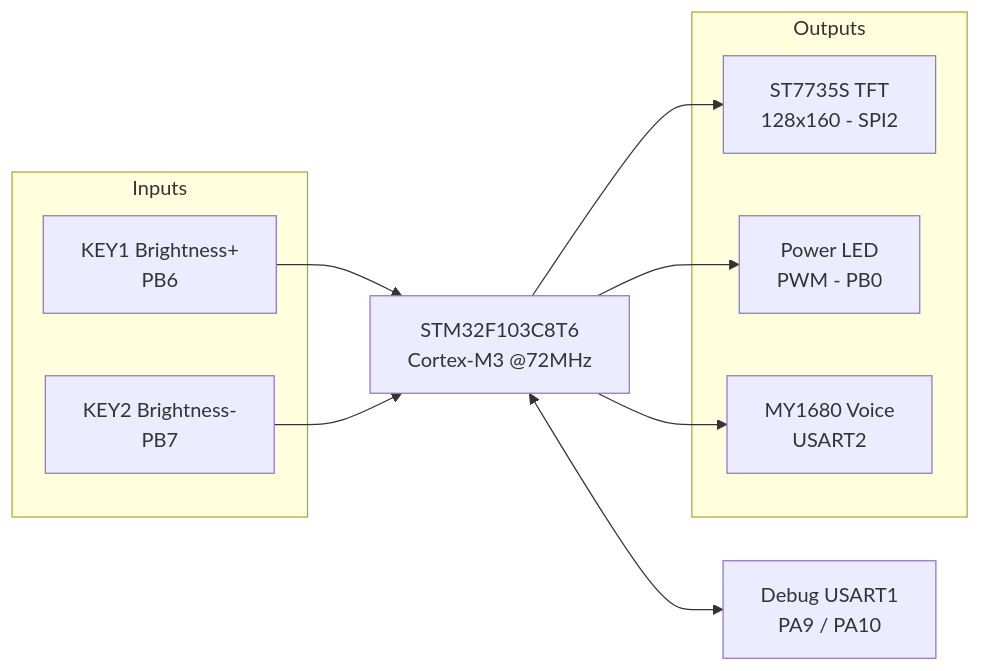
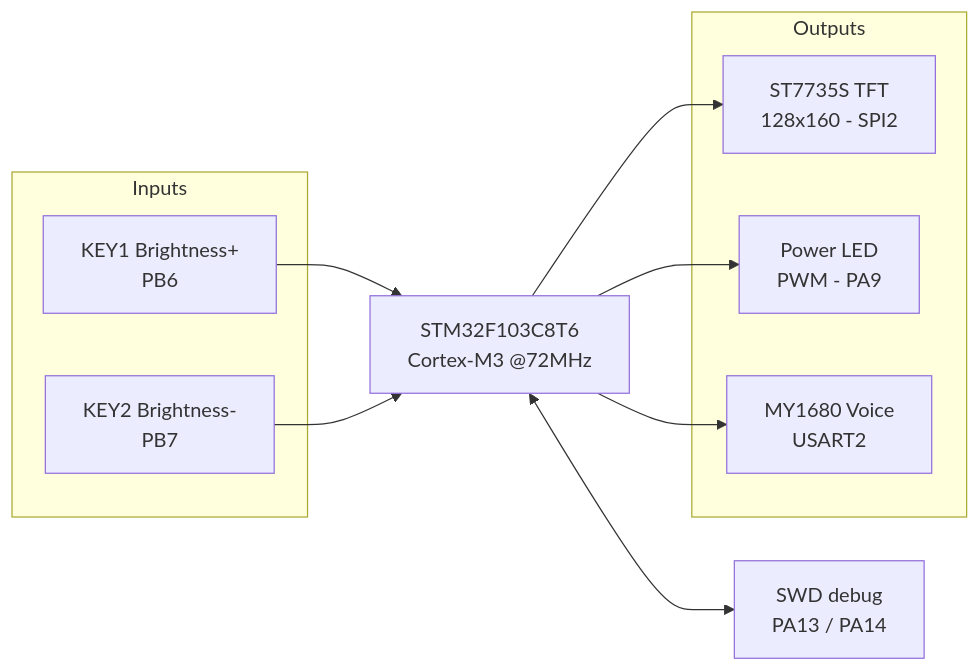
Before and after one commit to musuixin01/stm32-smart-eye-care-lamp: the first of 2 diagrams in README.en.md, drawn with Mermaid. The commit also changed other lines of this file and 1 other file, not shown here.

Commit message:
docs: show the custom board schematic as the hero image

````diff
--- a/README.en.md
+++ b/README.en.md
@@ -38,20 +38,20 @@
 ```mermaid
 flowchart LR
     subgraph IN[Inputs]
         K1["KEY1 Brightness+<br/>PB6"]
         K2["KEY2 Brightness-<br/>PB7"]
     end
     MCU["STM32F103C8T6<br/>Cortex-M3 @72MHz"]
     subgraph OUT[Outputs]
         TFT["ST7735S TFT<br/>128x160 - SPI2"]
-        LED["Power LED<br/>PWM - PB0"]
+        LED["Power LED<br/>PWM - PA9"]
         VOICE["MY1680 Voice<br/>USART2"]
     end
-    DBG["Debug USART1<br/>PA9 / PA10"]
+    DBG["SWD debug<br/>PA13 / PA14"]
     K1 --> MCU
     K2 --> MCU
     MCU --> TFT
     MCU --> LED
     MCU --> VOICE
     MCU <--> DBG
 ```
````
